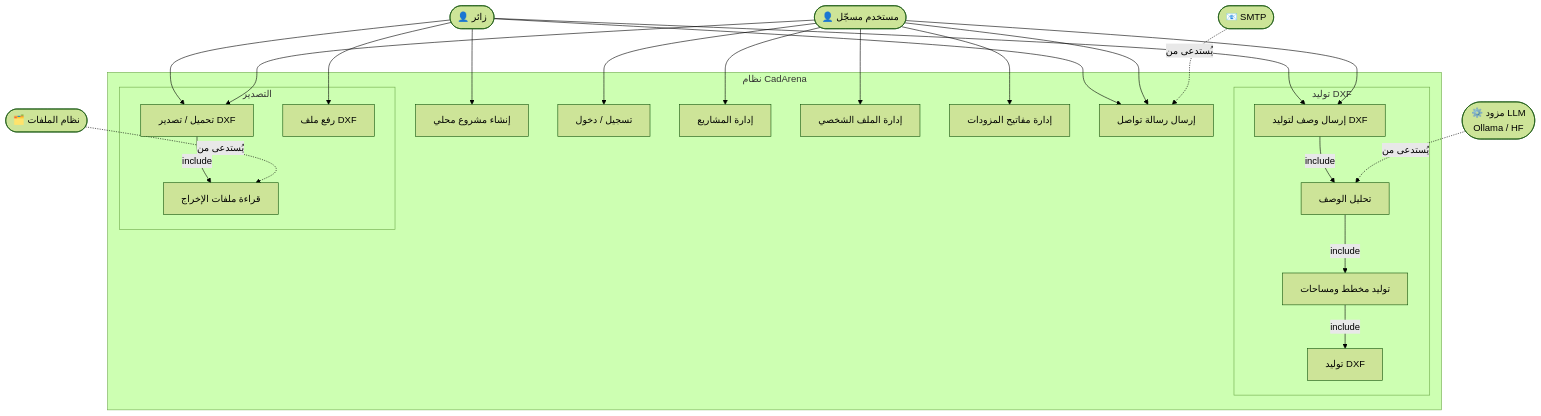
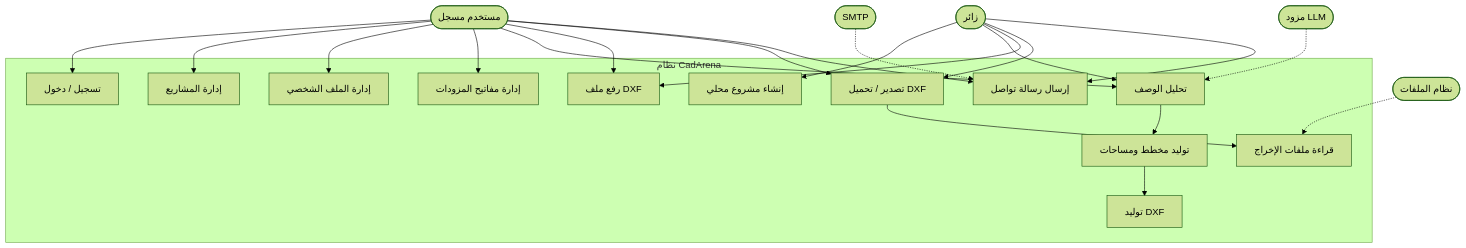
Before and after one commit to Youssefx64/CadArena: the diagram in docs/uml/behaviour/03_use_case_diagram.md, drawn with Mermaid (forest theme). The commit also changed other lines of this file and 7 other files, not shown here.

````diff
--- a/docs/uml/behaviour/03_use_case_diagram.md
+++ b/docs/uml/behaviour/03_use_case_diagram.md
@@ -7,52 +7,46 @@
 ```mermaid
 flowchart TD
-    Guest(["👤 زائر"])
-    User(["👤 مستخدم مسجّل"])
-    LLM(["⚙️ مزود LLM\nOllama / HF"])
-    SMTP(["📧 SMTP"])
-    FS(["🗂️ نظام الملفات"])
+    Guest(["زائر"])
+    User(["مستخدم مسجل"])
+    LLM(["مزود LLM"])
+    SMTP(["SMTP"])
+    FS(["نظام الملفات"])
 
-    subgraph CadArena ["نظام CadArena"]
-        UC_CREATE_LOCAL["إنشاء مشروع محلي"]
+    subgraph CadArena["نظام CadArena"]
+        UC_LOCAL["إنشاء مشروع محلي"]
         UC_AUTH["تسجيل / دخول"]
         UC_MANAGE["إدارة المشاريع"]
         UC_PROFILE["إدارة الملف الشخصي"]
         UC_KEYS["إدارة مفاتيح المزودات"]
         UC_CONTACT["إرسال رسالة تواصل"]
-
-        subgraph GEN ["توليد DXF"]
-            UC_GEN_DXF["إرسال وصف لتوليد DXF"]
-            UC_PARSE["تحليل الوصف"]
-            UC_LAYOUT["توليد مخطط ومساحات"]
-            UC_DXF["توليد DXF"]
-            UC_GEN_DXF -->|include| UC_PARSE
-            UC_PARSE -->|include| UC_LAYOUT
-            UC_LAYOUT -->|include| UC_DXF
-        end
-
-        subgraph EXPORT ["التصدير"]
-            UC_EXPORT["تحميل / تصدير DXF"]
-            UC_UPLOAD["رفع ملف DXF"]
-            UC_READ["قراءة ملفات الإخراج"]
-            UC_EXPORT -->|include| UC_READ
-        end
+        UC_PARSE["تحليل الوصف"]
+        UC_LAYOUT["توليد مخطط ومساحات"]
+        UC_DXF["توليد DXF"]
+        UC_UPLOAD["رفع ملف DXF"]
+        UC_EXPORT["تصدير / تحميل DXF"]
+        UC_READ["قراءة ملفات الإخراج"]
     end
 
-    Guest --> UC_CREATE_LOCAL
-    Guest --> UC_GEN_DXF
+    Guest --> UC_LOCAL
+    Guest --> UC_PARSE
+    Guest --> UC_UPLOAD
     Guest --> UC_EXPORT
-    Guest --> UC_UPLOAD
     Guest --> UC_CONTACT
 
     User --> UC_AUTH
     User --> UC_MANAGE
     User --> UC_PROFILE
     User --> UC_KEYS
-    User --> UC_GEN_DXF
+    User --> UC_PARSE
+    User --> UC_UPLOAD
     User --> UC_EXPORT
     User --> UC_CONTACT
 
-    LLM -.->|يُستدعى من| UC_PARSE
-    SMTP -.->|يُستدعى من| UC_CONTACT
-    FS -.->|يُستدعى من| UC_READ
+    UC_PARSE --> UC_LAYOUT
+    UC_LAYOUT --> UC_DXF
+    UC_EXPORT --> UC_READ
+
+    LLM -.-> UC_PARSE
+    SMTP -.-> UC_CONTACT
+    FS -.-> UC_READ
 ```
````
